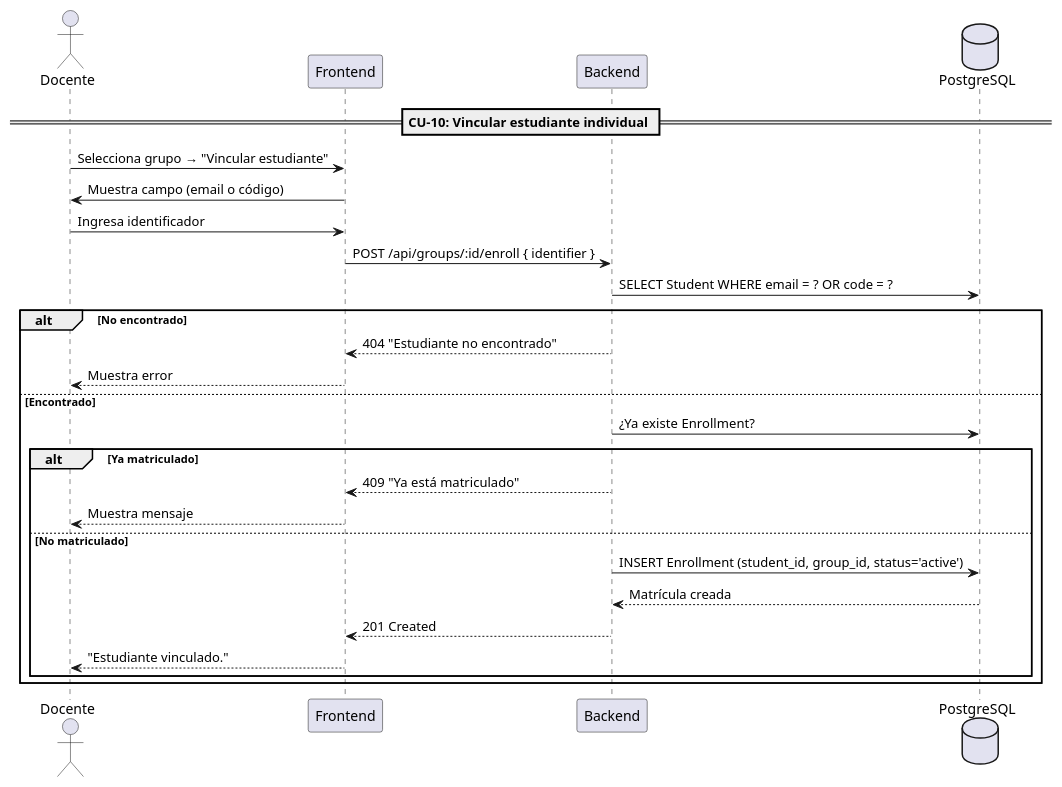
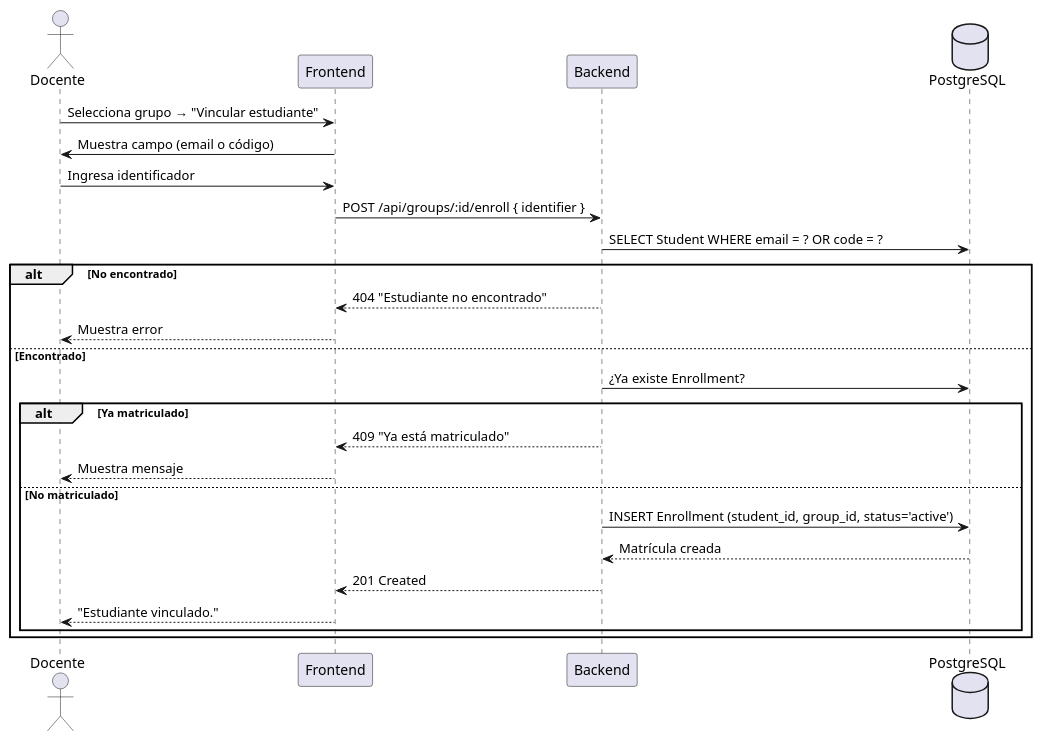
One commit to LinuxLab-UFPS/LinuxLab changed diagram 20 of 52 in docs/annexes/cu-especificacion.md. Above: the diagram before and after it, drawn with PlantUML. The commit also changed other lines of this file and 1 other file, not shown here.

````diff
--- a/docs/annexes/cu-especificacion.md
+++ b/docs/annexes/cu-especificacion.md
@@ -714,34 +906,32 @@
 ```plantuml
 @startuml
 actor Docente as D
 participant "Frontend" as FE
 participant "Backend" as BE
 database "PostgreSQL" as DB
-
-== CU-10: Vincular estudiante individual ==
 
 D -> FE : Selecciona grupo → "Vincular estudiante"
 FE -> D : Muestra campo (email o código)
 
 D -> FE : Ingresa identificador
 FE -> BE : POST /api/groups/:id/enroll { identifier }
 
 BE -> DB : SELECT Student WHERE email = ? OR code = ?
 alt No encontrado
   BE --> FE : 404 "Estudiante no encontrado"
   FE --> D : Muestra error
 else Encontrado
   BE -> DB : ¿Ya existe Enrollment?
   alt Ya matriculado
     BE --> FE : 409 "Ya está matriculado"
     FE --> D : Muestra mensaje
   else No matriculado
     BE -> DB : INSERT Enrollment (student_id, group_id, status='active')
     DB --> BE : Matrícula creada
     BE --> FE : 201 Created
     FE --> D : "Estudiante vinculado."
   end
 end
 
 @enduml
 ```
````
